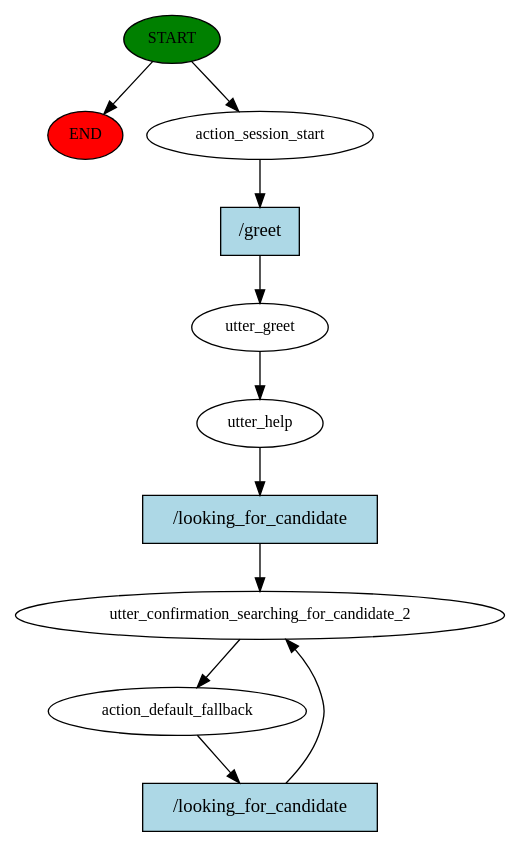
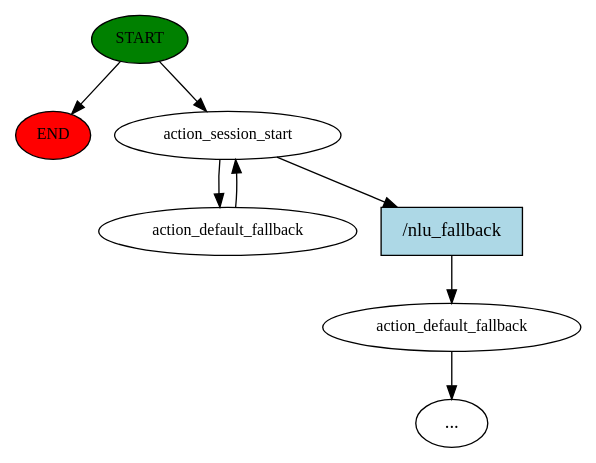
The diagram in src/story_graph.dot (r1cc4r2o/Jobify), drawn with Graphviz before and after one commit. The commit also changed 170 other files, not shown here.

```diff
--- a/src/story_graph.dot
+++ b/src/story_graph.dot
@@ -1,22 +1,16 @@
 digraph  {
 0 [class="start active", fillcolor=green, fontsize=12, label=START, style=filled];
 "-1" [class=end, fillcolor=red, fontsize=12, label=END, style=filled];
 1 [class=active, fontsize=12, label=action_session_start];
-2 [class=active, fontsize=12, label=utter_greet];
-3 [class=active, fontsize=12, label=utter_help];
-4 [class=active, fontsize=12, label=utter_confirmation_searching_for_candidate_2];
-5 [class="active dashed", fontsize=12, label=action_default_fallback];
-8 [class="intent active", fillcolor=lightblue, label="/greet", shape=rect, style=filled];
-9 [class="intent active", fillcolor=lightblue, label="/looking_for_candidate", shape=rect, style=filled];
-10 [class="intent active", fillcolor=lightblue, label="/looking_for_candidate", shape=rect, style=filled];
+2 [class="", fontsize=12, label=action_default_fallback];
+"-3" [class=ellipsis, label="..."];
+4 [class="active dashed", fontsize=12, label=action_default_fallback];
+7 [class=intent, fillcolor=lightblue, label="/nlu_fallback", shape=rect, style=filled];
 0 -> "-1"  [class="", key=NONE, label=""];
 0 -> 1  [class=active, key=NONE, label=""];
-1 -> 8  [class=active, key=0];
-2 -> 3  [class=active, key=NONE, label=""];
-3 -> 9  [class=active, key=0];
-4 -> 5  [class=active, key=NONE, label=""];
-5 -> 10  [class=active, key=0];
-8 -> 2  [class=active, key=0];
-9 -> 4  [class=active, key=0];
-10 -> 4  [class=active, key=0];
+1 -> 4  [class=active, key=NONE, label=""];
+1 -> 7  [class="", key=0];
+2 -> "-3"  [class="", key=NONE, label=""];
+4 -> 1  [class=active, key=NONE, label=""];
+7 -> 2  [class="", key=0];
 }
```
